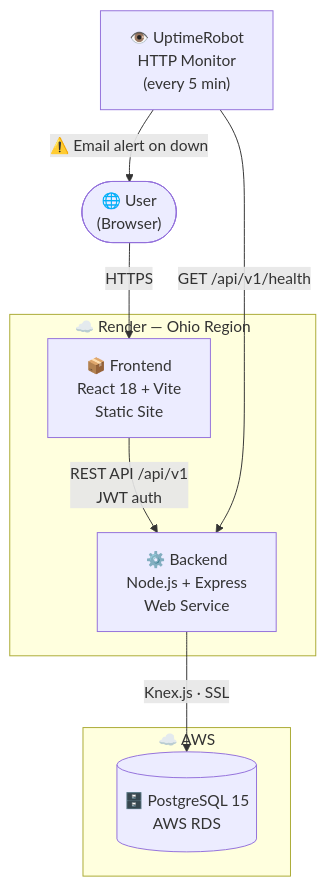
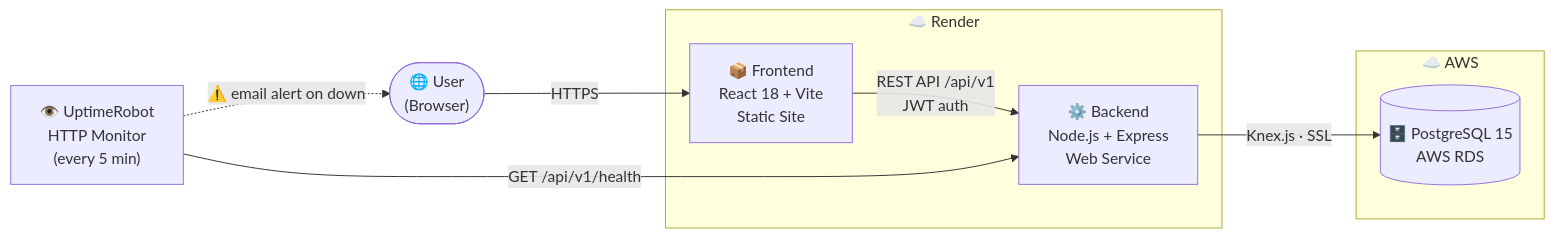
One commit to yixinxiao7/triplanner changed the diagram in README.md. Above: the diagram before and after it, drawn with Mermaid.

Commit message:
feat: adjust diagram

````diff
--- a/README.md
+++ b/README.md
@@ -20,21 +20,20 @@
 ```mermaid
-graph TB
-    User(["🌐 User\n(Browser)"])
+graph LR
+    User(["🌐 User<br/>(Browser)"])
+    UR["👁️ UptimeRobot<br/>HTTP Monitor<br/>(every 5 min)"]
 
-    subgraph Render ["☁️ Render — Ohio Region"]
-        FE["📦 Frontend\nReact 18 + Vite\nStatic Site"]
-        BE["⚙️ Backend\nNode.js + Express\nWeb Service"]
+    subgraph Render ["☁️ Render"]
+        FE["📦 Frontend<br/>React 18 + Vite<br/>Static Site"]
+        BE["⚙️ Backend<br/>Node.js + Express<br/>Web Service"]
     end
 
     subgraph AWS ["☁️ AWS"]
-        DB[("🗄️ PostgreSQL 15\nAWS RDS")]
+        DB[("🗄️ PostgreSQL 15<br/>AWS RDS")]
     end
 
-    UR["👁️ UptimeRobot\nHTTP Monitor\n(every 5 min)"]
-
     User -->|"HTTPS"| FE
-    FE -->|"REST API /api/v1\nJWT auth"| BE
+    FE -->|"REST API /api/v1<br/>JWT auth"| BE
     BE -->|"Knex.js · SSL"| DB
     UR -->|"GET /api/v1/health"| BE
-    UR -->|"⚠️ Email alert on down"| User
+    UR -.->|"⚠️ email alert on down"| User
 ```
````
